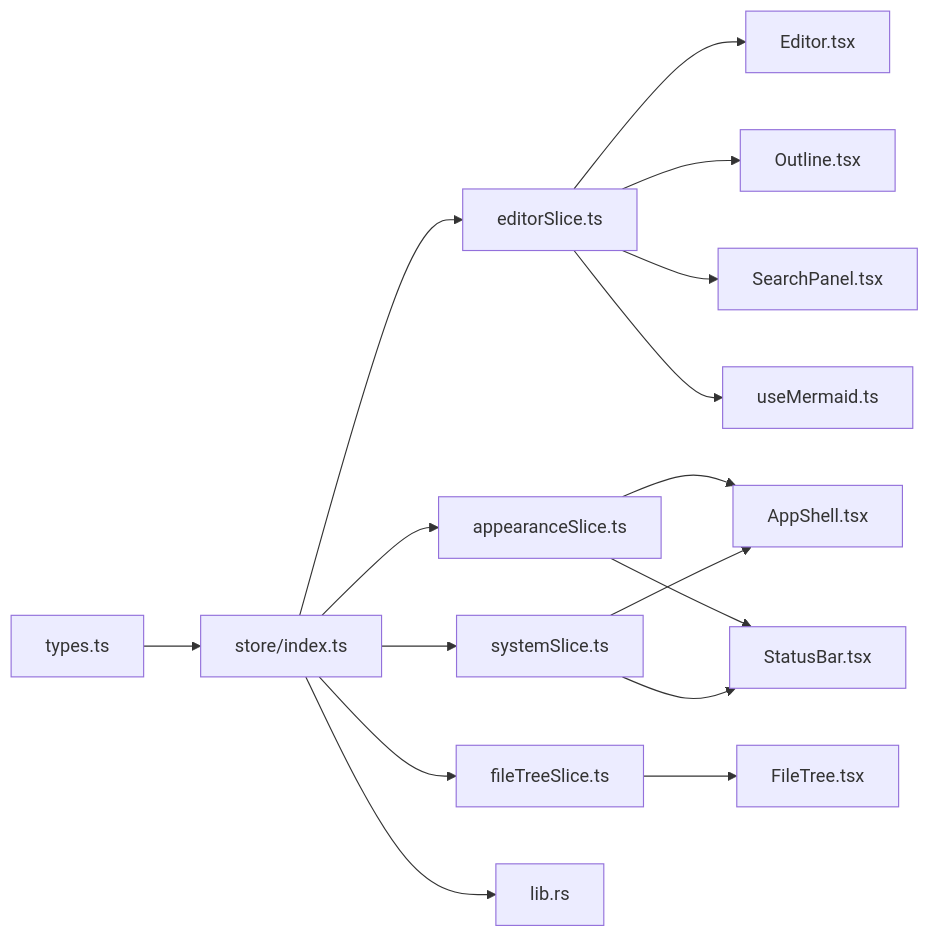
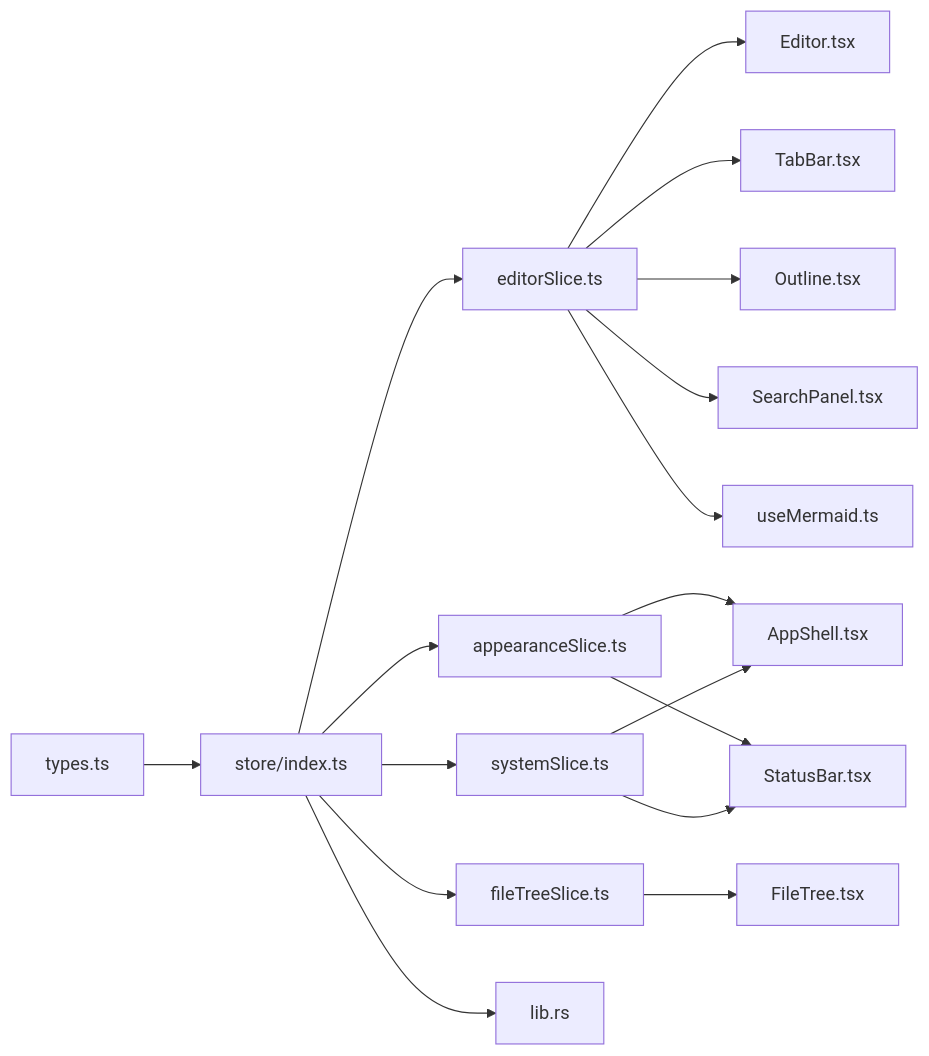
The third of 3 diagrams in .qoder/repowiki/zh/content/状态管理.md (gongshiyun/ZenNote), drawn with Mermaid before and after one commit. The commit also changed other lines of this file and 88 other files, not shown here.

````diff
--- a/.qoder/repowiki/zh/content/状态管理.md
+++ b/.qoder/repowiki/zh/content/状态管理.md
@@ -382,18 +410,19 @@
 ```mermaid
 graph LR
 Types["types.ts"] --> Store["store/index.ts"]
 Store --> EditorSlice["editorSlice.ts"]
 Store --> AppearanceSlice["appearanceSlice.ts"]
 Store --> FileTreeSlice["fileTreeSlice.ts"]
 Store --> SystemSlice["systemSlice.ts"]
 EditorSlice --> Editor["Editor.tsx"]
+EditorSlice --> TabBar["TabBar.tsx"]
 AppearanceSlice --> AppShell["AppShell.tsx"]
 AppearanceSlice --> StatusBar["StatusBar.tsx"]
 FileTreeSlice --> FileTree["FileTree.tsx"]
 SystemSlice --> AppShell["AppShell.tsx"]
 SystemSlice --> StatusBar["StatusBar.tsx"]
 EditorSlice --> Outline["Outline.tsx"]
 EditorSlice --> Search["SearchPanel.tsx"]
 EditorSlice --> MermaidHook["useMermaid.ts"]
 Store --> TauriLib["lib.rs"]
 ```
````
